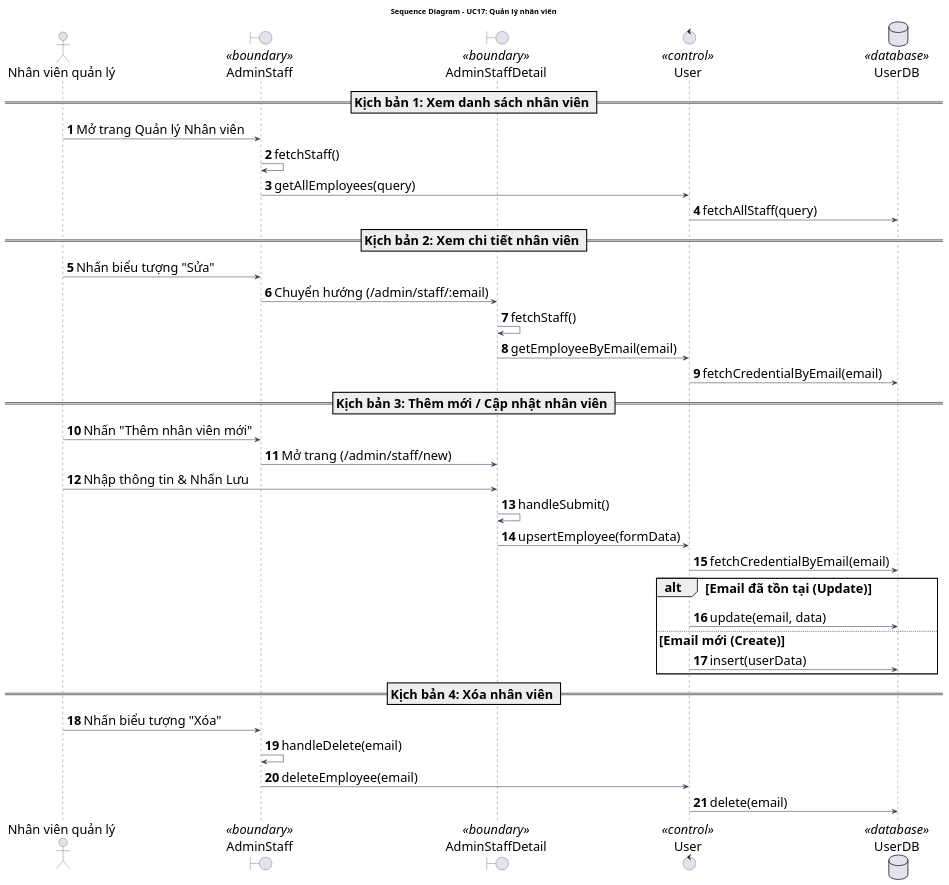
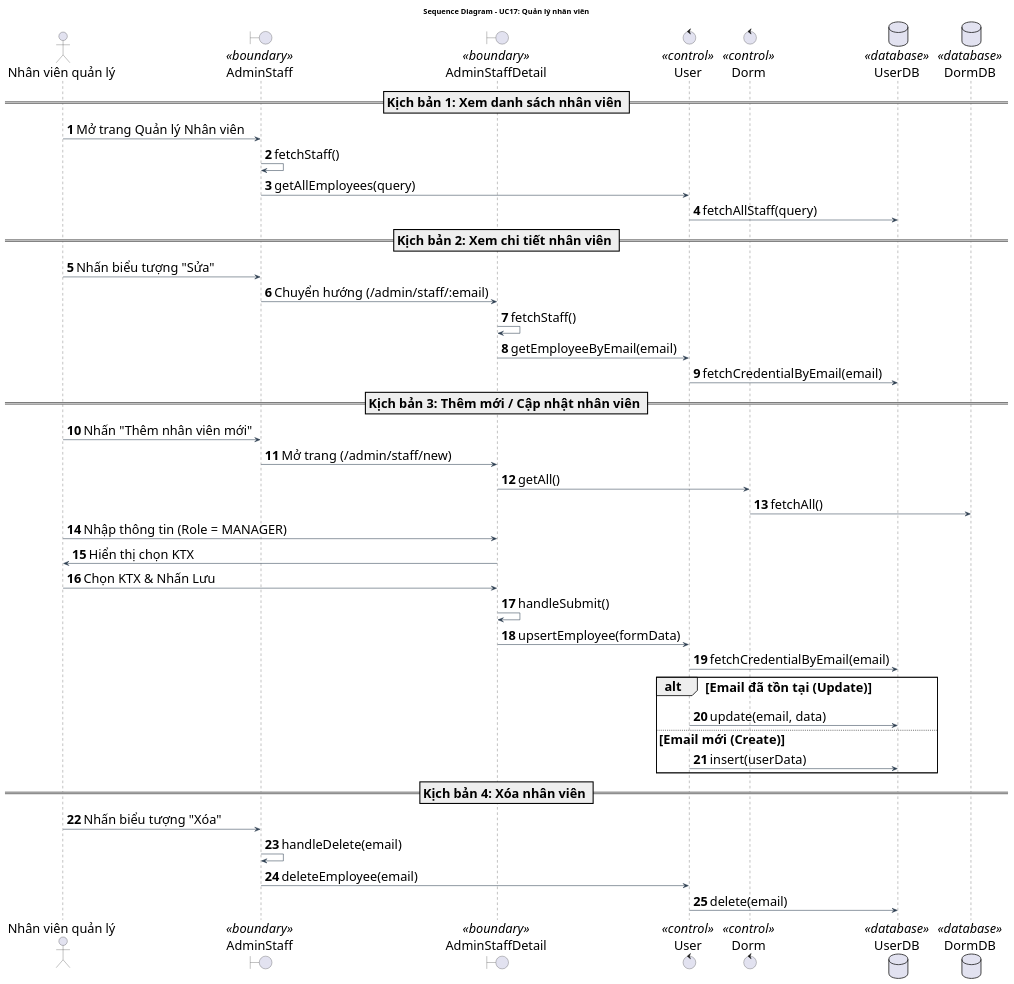
Before and after one commit to Gnourt812005/HCMUS-Analyze-and-desgin-IS: the diagram in doc/system/quan_ly_nhan_vien/QuanLyNhanVien_SequenceDiagram.wsd, drawn with PlantUML. The commit also changed 37 other files, not shown here.

```diff
--- a/doc/system/quan_ly_nhan_vien/QuanLyNhanVien_SequenceDiagram.wsd
+++ b/doc/system/quan_ly_nhan_vien/QuanLyNhanVien_SequenceDiagram.wsd
@@ -1,54 +1,60 @@
 @startuml QuanLyNhanVien_SequenceDiagram
 title Sequence Diagram - UC17: Quản lý nhân viên
 
 ' --- STYLE CONFIGURATION ---
 skinparam {
     BackgroundColor White
     ArrowColor #2D3E50
     DefaultFontName "Arial"
     DefaultFontSize 24
     ParticipantPadding 20
     BoxPadding 10
 }
 
 actor "Nhân viên quản lý" as Actor
 boundary "AdminStaff" as MainGUI <<boundary>>
 boundary "AdminStaffDetail" as DetailGUI <<boundary>>
 control "User" as BUS <<control>>
+control "Dorm" as DORM <<control>>
 database "UserDB" as DB <<database>>
+database "DormDB" as DDB <<database>>
 
 autonumber
 
 == Kịch bản 1: Xem danh sách nhân viên ==
 Actor -> MainGUI: Mở trang Quản lý Nhân viên
 MainGUI -> MainGUI: fetchStaff()
 MainGUI -> BUS: getAllEmployees(query)
 BUS -> DB: fetchAllStaff(query)
 
 == Kịch bản 2: Xem chi tiết nhân viên ==
 Actor -> MainGUI: Nhấn biểu tượng "Sửa"
 MainGUI -> DetailGUI: Chuyển hướng (/admin/staff/:email)
 DetailGUI -> DetailGUI: fetchStaff()
 DetailGUI -> BUS: getEmployeeByEmail(email)
 BUS -> DB: fetchCredentialByEmail(email)
 
 == Kịch bản 3: Thêm mới / Cập nhật nhân viên ==
 Actor -> MainGUI: Nhấn "Thêm nhân viên mới"
 MainGUI -> DetailGUI: Mở trang (/admin/staff/new)
-Actor -> DetailGUI: Nhập thông tin & Nhấn Lưu
+DetailGUI -> DORM: getAll()
+DORM -> DDB: fetchAll()
+Actor -> DetailGUI: Nhập thông tin (Role = MANAGER)
+DetailGUI -> Actor: Hiển thị chọn KTX
+Actor -> DetailGUI: Chọn KTX & Nhấn Lưu
 DetailGUI -> DetailGUI: handleSubmit()
 DetailGUI -> BUS: upsertEmployee(formData)
 BUS -> DB: fetchCredentialByEmail(email)
 alt Email đã tồn tại (Update)
     BUS -> DB: update(email, data)
 else Email mới (Create)
     BUS -> DB: insert(userData)
 end
 
 == Kịch bản 4: Xóa nhân viên ==
 Actor -> MainGUI: Nhấn biểu tượng "Xóa"
 MainGUI -> MainGUI: handleDelete(email)
 MainGUI -> BUS: deleteEmployee(email)
 BUS -> DB: delete(email)
 
 @enduml
```
